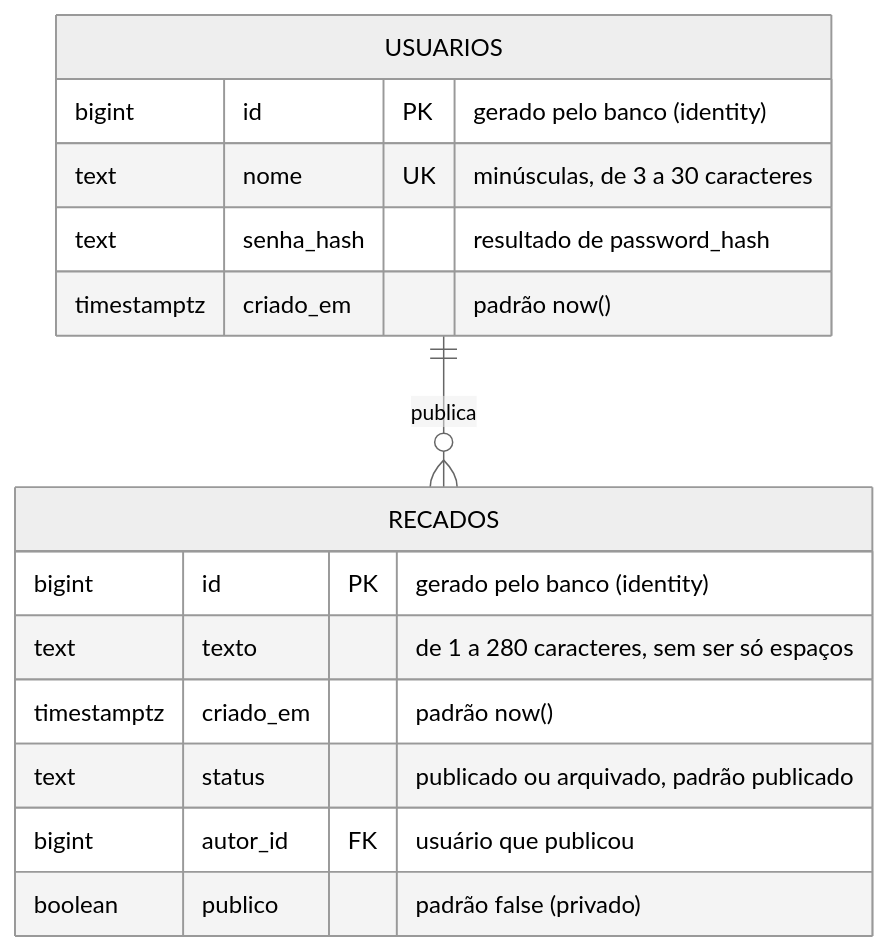
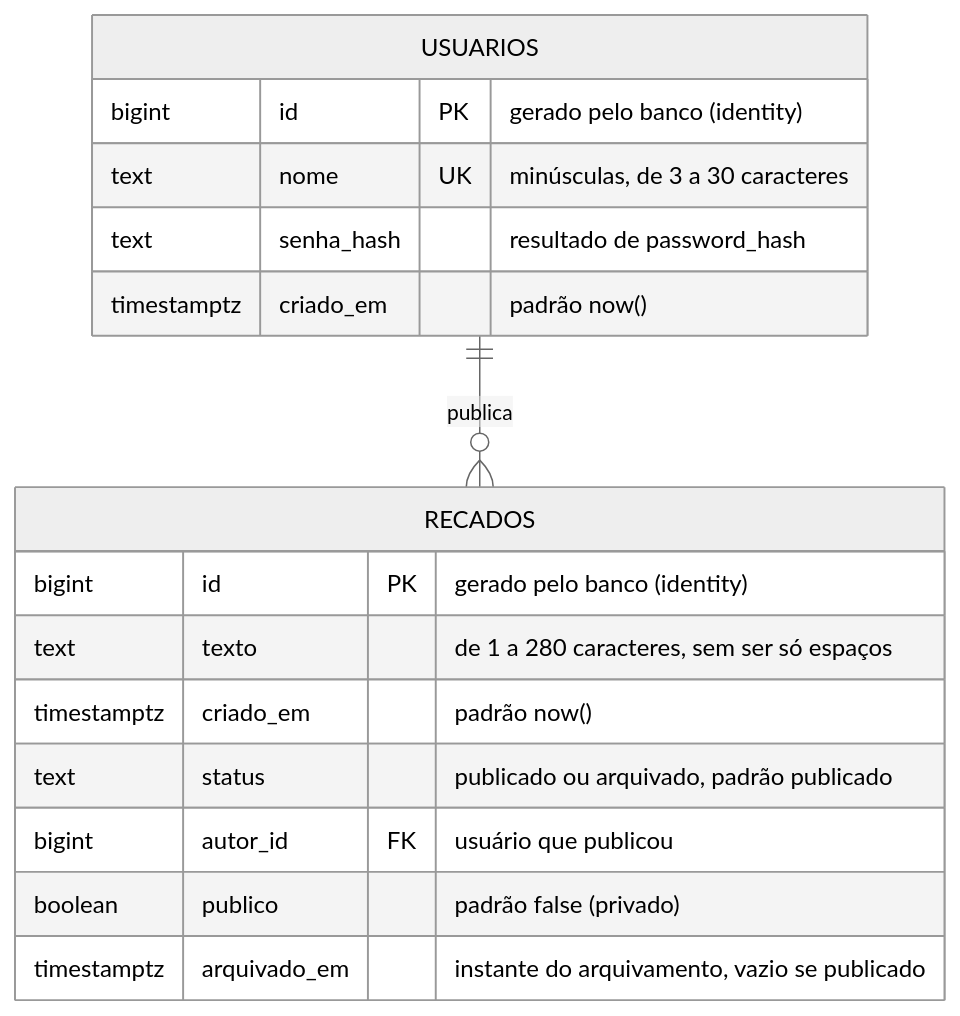
Before and after one commit to jacksongomesbr/uft-cc-dwm-mini-mural-php: the first of 2 diagrams in docs/modelo-de-dados.md, drawn with Mermaid (neutral theme). The commit also changed other lines of this file and 7 other files, not shown here.

````diff
--- a/docs/modelo-de-dados.md
+++ b/docs/modelo-de-dados.md
@@ -11,18 +11,19 @@
 ```mermaid
 erDiagram
     USUARIOS ||--o{ RECADOS : "publica"
     USUARIOS {
         bigint id PK "gerado pelo banco (identity)"
         text nome UK "minúsculas, de 3 a 30 caracteres"
         text senha_hash "resultado de password_hash"
         timestamptz criado_em "padrão now()"
     }
     RECADOS {
         bigint id PK "gerado pelo banco (identity)"
         text texto "de 1 a 280 caracteres, sem ser só espaços"
         timestamptz criado_em "padrão now()"
         text status "publicado ou arquivado, padrão publicado"
         bigint autor_id FK "usuário que publicou"
         boolean publico "padrão false (privado)"
+        timestamptz arquivado_em "instante do arquivamento, vazio se publicado"
     }
 ```
````
